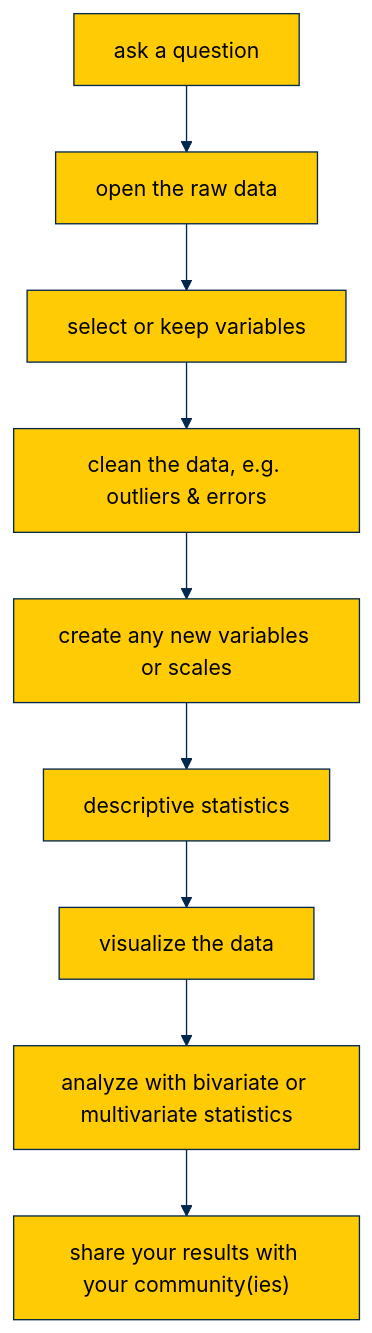
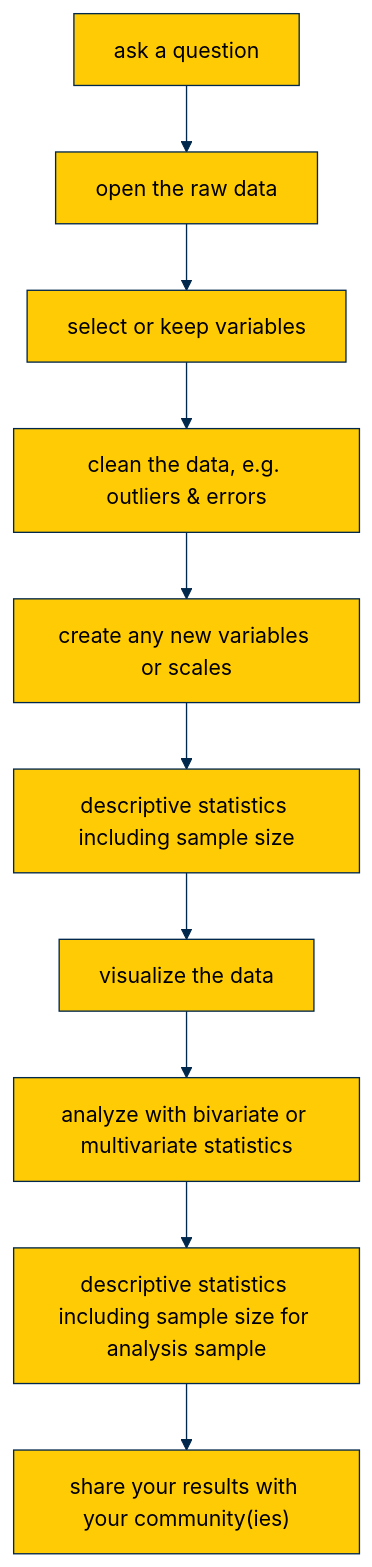
Before and after one commit to agrogan1/agrogan1.github.io: the first of 2 diagrams in posts/workflow/index.qmd, drawn with Mermaid. The commit also changed other lines of this file and 11 other files, not shown here.

Commit message:
updated workflow post: added penguins.dta; added sample size to mermaid diagram; added code folding

````diff
--- a/posts/workflow/index.qmd
+++ b/posts/workflow/index.qmd
@@ -28,39 +31,43 @@
 ```{mermaid}
 %%| fig-cap: "A Common Data Workflow"
 %%| fig-height: 7
 %%| label: fig-common-workflow
 %%{
   init: {
     'theme': 'base',
     'themeVariables': {
       'primaryColor': '#FFCB05',
       'primaryTextColor': '#000000',
       'primaryBorderColor': '#00274C',
       'lineColor': '#00274C',
       'secondaryColor': '#00274C',
       'secondaryTextColor': '#000000',
       'tertiaryColor': '#F2F2F2',
       'tertiaryBorderColor': '#00274C'
     }
   }
 }%%
 
 flowchart TB
 
 ask[ask a question]-->open
 
 open[open the raw data]-->keep
 
 keep[select or keep variables]-->clean
 
 clean[clean the data, e.g. outliers & errors]-->wrangle
 
 wrangle[create any new variables or scales]-->descriptives
 
-descriptives[descriptive statistics]-->visualize
+descriptives[descriptive statistics including sample size]-->visualize
 
 visualize[visualize the data]-->analyze
 
-analyze[analyze with bivariate or multivariate statistics]-->share["share your results with your community(ies)"]
+analyze[analyze with bivariate or multivariate statistics]--> descriptives2
+
+descriptives2[descriptive statistics including sample size for analysis sample] --> share
+
+share["share your results with your community(ies)"]
 
 ```
````
